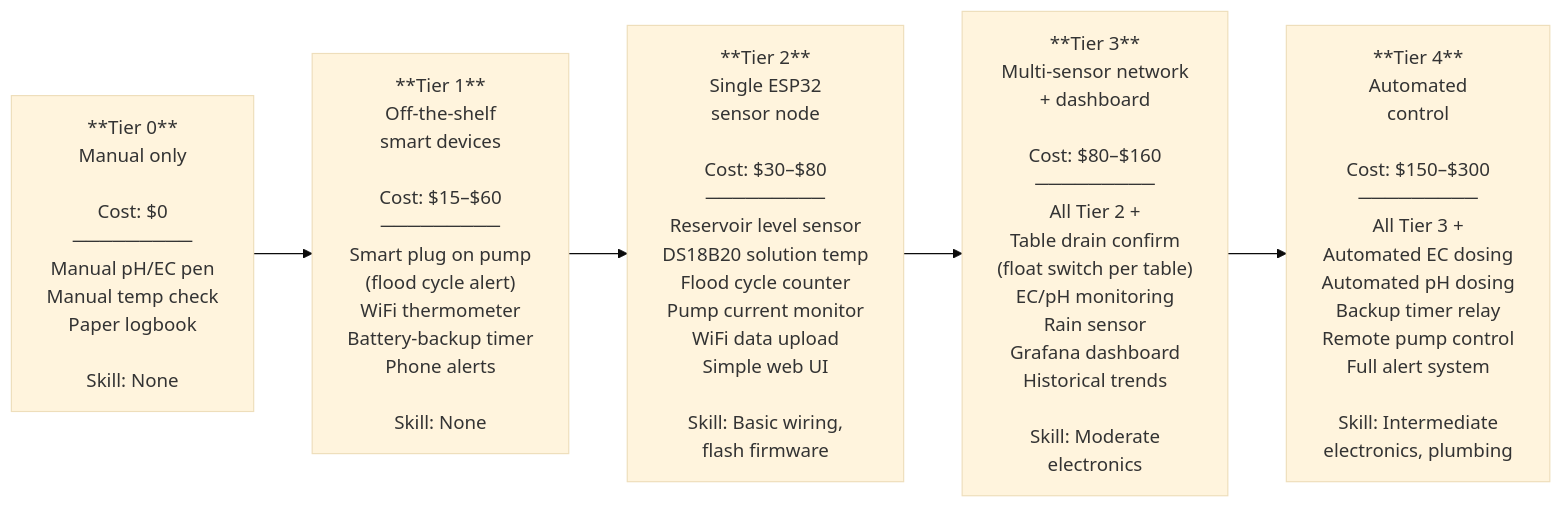
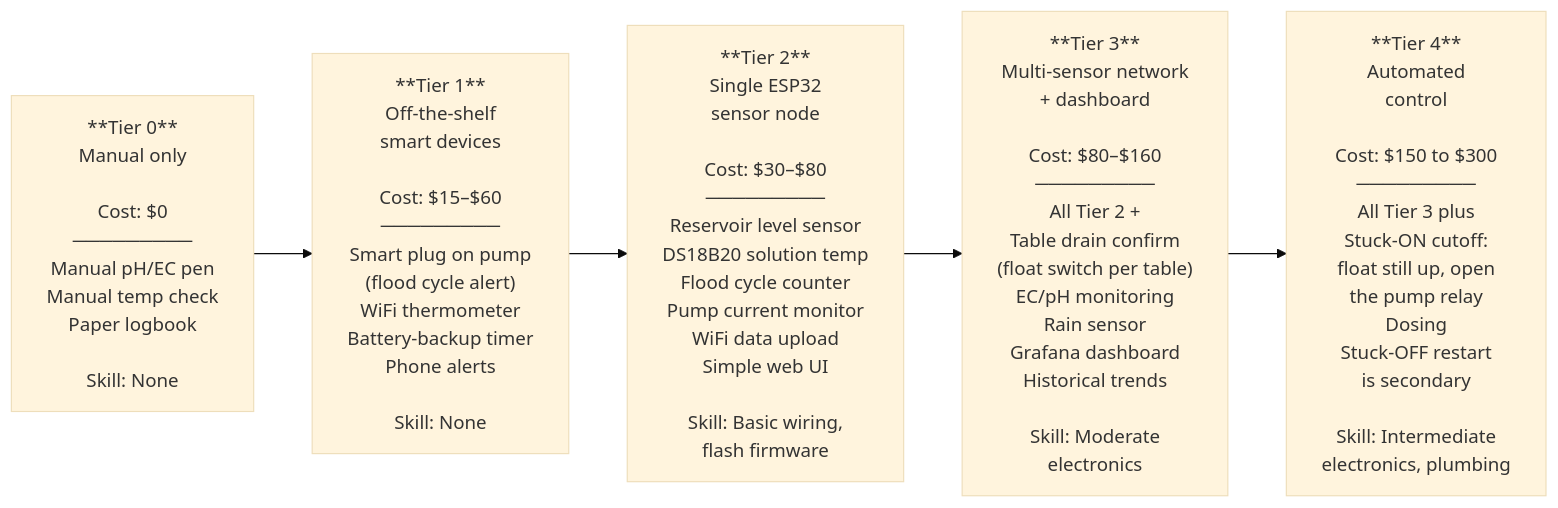
One commit to UncleJS/guide_hydroponics changed the second of 13 diagrams in guide/ebb-and-flow/13-automation.md. Above: the diagram before and after it, drawn with Mermaid (base theme). The commit also changed other lines of this file and 35 other files, not shown here.

````diff
--- a/guide/ebb-and-flow/13-automation.md
+++ b/guide/ebb-and-flow/13-automation.md
@@ -194,10 +197,10 @@
 ```mermaid
 flowchart LR
     T0["**Tier 0**<br/>Manual only<br/><br/>Cost: $0<br/>─────────<br/>Manual pH/EC pen<br/>Manual temp check<br/>Paper logbook<br/><br/>Skill: None"]
     T1["**Tier 1**<br/>Off-the-shelf<br/>smart devices<br/><br/>Cost: $15–$60<br/>─────────<br/>Smart plug on pump<br/>(flood cycle alert)<br/>WiFi thermometer<br/>Battery-backup timer<br/>Phone alerts<br/><br/>Skill: None"]
     T2["**Tier 2**<br/>Single ESP32<br/>sensor node<br/><br/>Cost: $30–$80<br/>─────────<br/>Reservoir level sensor<br/>DS18B20 solution temp<br/>Flood cycle counter<br/>Pump current monitor<br/>WiFi data upload<br/>Simple web UI<br/><br/>Skill: Basic wiring,<br/>flash firmware"]
     T3["**Tier 3**<br/>Multi-sensor network<br/>+ dashboard<br/><br/>Cost: $80–$160<br/>─────────<br/>All Tier 2 +<br/>Table drain confirm<br/>(float switch per table)<br/>EC/pH monitoring<br/>Rain sensor<br/>Grafana dashboard<br/>Historical trends<br/><br/>Skill: Moderate<br/>electronics"]
-    T4["**Tier 4**<br/>Automated<br/>control<br/><br/>Cost: $150–$300<br/>─────────<br/>All Tier 3 +<br/>Automated EC dosing<br/>Automated pH dosing<br/>Backup timer relay<br/>Remote pump control<br/>Full alert system<br/><br/>Skill: Intermediate<br/>electronics, plumbing"]
+    T4["**Tier 4**<br/>Automated<br/>control<br/><br/>Cost: $150 to $300<br/>─────────<br/>All Tier 3 plus<br/>Stuck-ON cutoff:<br/>float still up, open<br/>the pump relay<br/>Dosing<br/>Stuck-OFF restart<br/>is secondary<br/><br/>Skill: Intermediate<br/>electronics, plumbing"]
 
     T0 --> T1 --> T2 --> T3 --> T4
 ```
````
